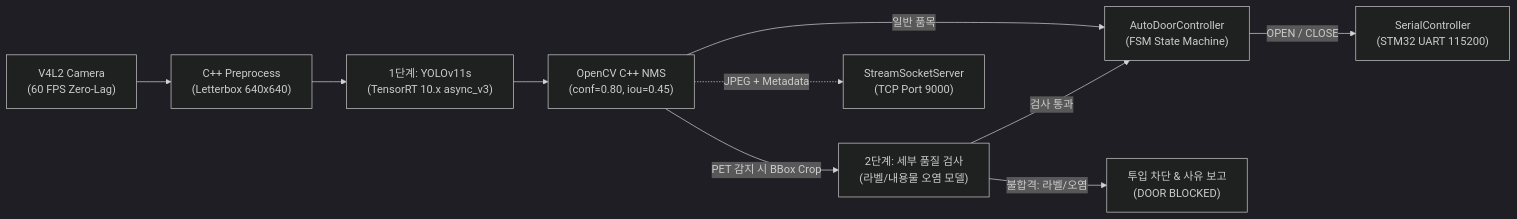
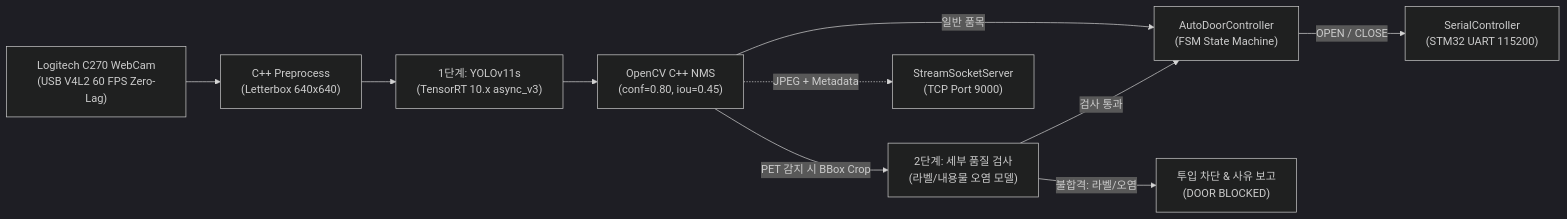
One commit to hckim-dev/smart-recycling-edge-ai changed the diagram in edge_jetson/README.md. Above: the diagram before and after it, drawn with Mermaid (dark theme). The commit also changed other lines of this file and 9 other files, not shown here.

````diff
--- a/edge_jetson/README.md
+++ b/edge_jetson/README.md
@@ -23,15 +29,15 @@
 ```mermaid
 flowchart LR
-    CAM["V4L2 Camera<br/>(60 FPS Zero-Lag)"] --> PRE["C++ Preprocess<br/>(Letterbox 640x640)"]
+    CAM["Logitech C270 WebCam<br/>(USB V4L2 60 FPS Zero-Lag)"] --> PRE["C++ Preprocess<br/>(Letterbox 640x640)"]
     PRE --> TRT1["1단계: YOLOv11s<br/>(TensorRT 10.x async_v3)"]
     TRT1 --> NMS["OpenCV C++ NMS<br/>(conf=0.80, iou=0.45)"]
 
     NMS -->|일반 품목| FSM["AutoDoorController<br/>(FSM State Machine)"]
     NMS -->|PET 감지 시 BBox Crop| TRT2["2단계: 세부 품질 검사<br/>(라벨/내용물 오염 모델)"]
 
     TRT2 -->|검사 통과| FSM
     TRT2 -->|불합격: 라벨/오염| BLOCK["투입 차단 & 사유 보고<br/>(DOOR BLOCKED)"]
 
     FSM -->|OPEN / CLOSE| UART["SerialController<br/>(STM32 UART 115200)"]
     NMS -.->|JPEG + Metadata| TCP["StreamSocketServer<br/>(TCP Port 9000)"]
 ```
````
